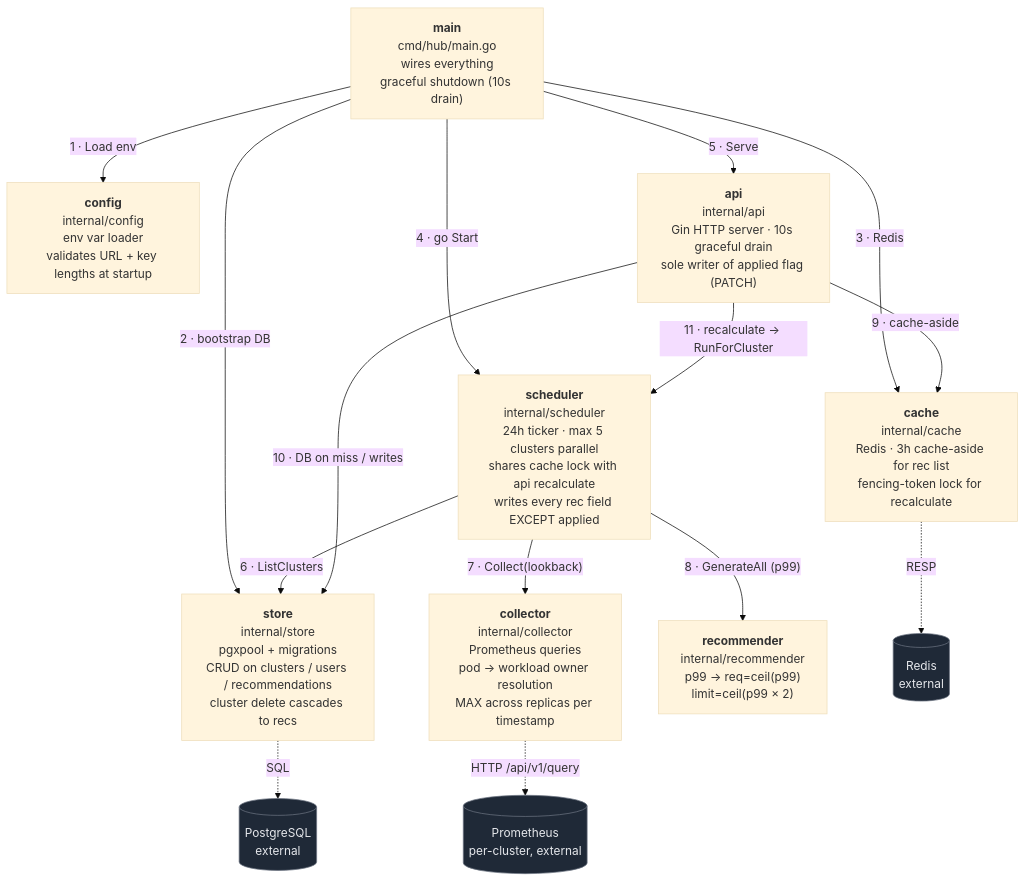
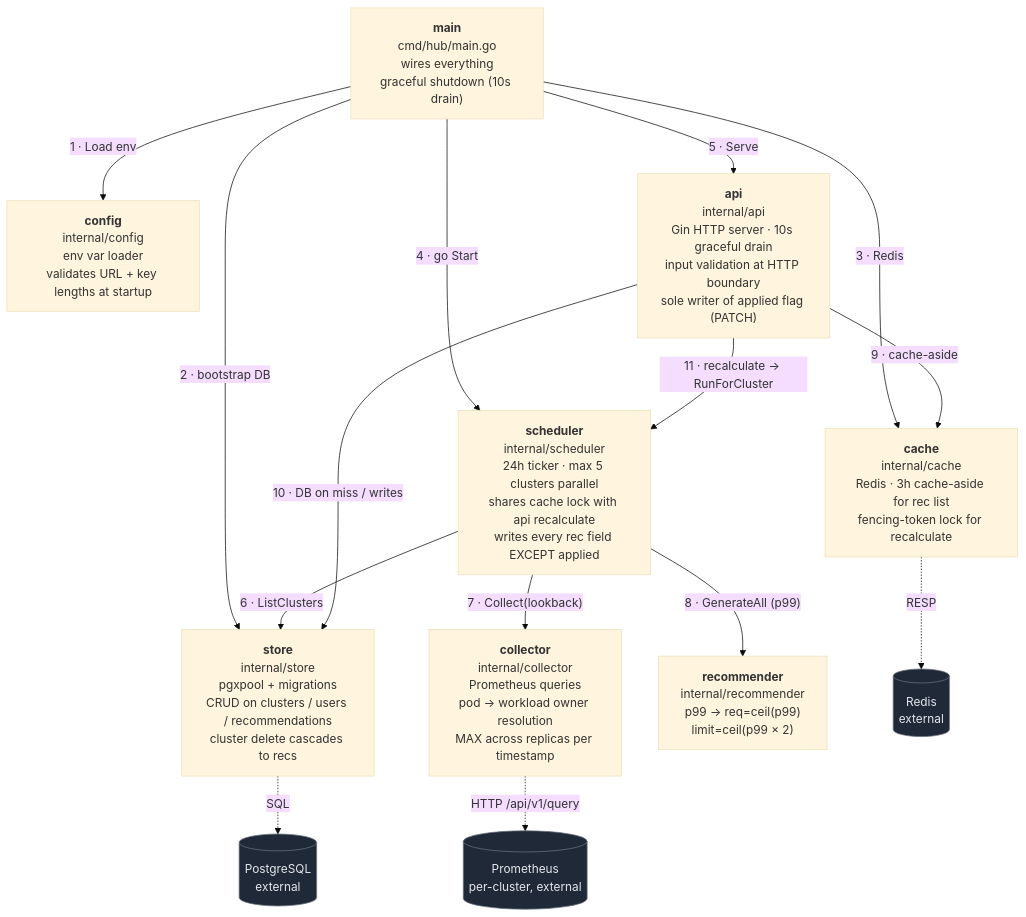
The diagram in docs/code-map.md (RISHABH1270/PodOptix), drawn with Mermaid (base theme) before and after one commit.

Commit message:
docs(code-map): note HTTP-boundary input validation on api box
The api package now enforces request-shape validation via Gin binding
tags (email format, password 8-128, URL/lookback whitelists, applied
field required on PATCH). Added "input validation at HTTP boundary"
to the api box label so a reader knows malformed payloads are
rejected before they ever reach the store.

Package graph unchanged.

````diff
--- a/docs/code-map.md
+++ b/docs/code-map.md
@@ -3,37 +3,37 @@
 ```mermaid
 flowchart TB
     main["<b>main</b><br/>cmd/hub/main.go<br/>wires everything<br/>graceful shutdown (10s drain)"]
 
     config["<b>config</b><br/>internal/config<br/>env var loader<br/>validates URL + key lengths at startup"]
     store["<b>store</b><br/>internal/store<br/>pgxpool + migrations<br/>CRUD on clusters / users / recommendations<br/>cluster delete cascades to recs"]
     cache["<b>cache</b><br/>internal/cache<br/>Redis · 3h cache-aside for rec list<br/>fencing-token lock for recalculate"]
     collector["<b>collector</b><br/>internal/collector<br/>Prometheus queries<br/>pod → workload owner resolution<br/>MAX across replicas per timestamp"]
     recommender["<b>recommender</b><br/>internal/recommender<br/>p99 → req=ceil(p99)<br/>limit=ceil(p99 × 2)"]
     scheduler["<b>scheduler</b><br/>internal/scheduler<br/>24h ticker · max 5 clusters parallel<br/>shares cache lock with api recalculate<br/>writes every rec field EXCEPT applied"]
-    api["<b>api</b><br/>internal/api<br/>Gin HTTP server · 10s graceful drain<br/>sole writer of applied flag (PATCH)"]
+    api["<b>api</b><br/>internal/api<br/>Gin HTTP server · 10s graceful drain<br/>input validation at HTTP boundary<br/>sole writer of applied flag (PATCH)"]
 
     pg[("PostgreSQL<br/>external")]
     rd[("Redis<br/>external")]
     prom[("Prometheus<br/>per-cluster, external")]
 
     main -->|"1 · Load env"| config
     main -->|"2 · bootstrap DB"| store
     main -->|"3 · Redis"| cache
     main -->|"4 · go Start"| scheduler
     main -->|"5 · Serve"| api
 
     scheduler -->|"6 · ListClusters"| store
     scheduler -->|"7 · Collect(lookback)"| collector
     scheduler -->|"8 · GenerateAll (p99)"| recommender
 
     api -->|"9 · cache-aside"| cache
     api -->|"10 · DB on miss / writes"| store
     api -->|"11 · recalculate → RunForCluster"| scheduler
 
     store -.->|SQL| pg
     cache -.->|RESP| rd
     collector -.->|HTTP /api/v1/query| prom
 
     classDef ext fill:#1f2937,stroke:#6b7280,color:#e5e7eb
     class pg,rd,prom ext
 ```
````
